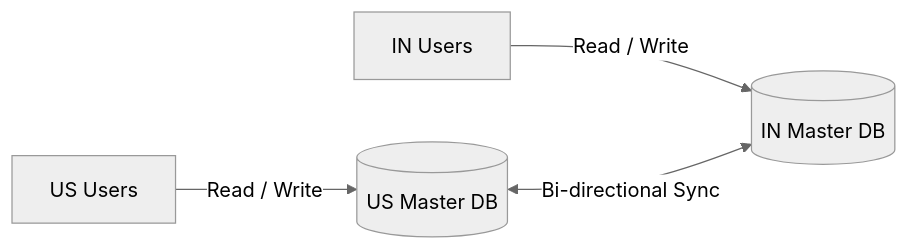
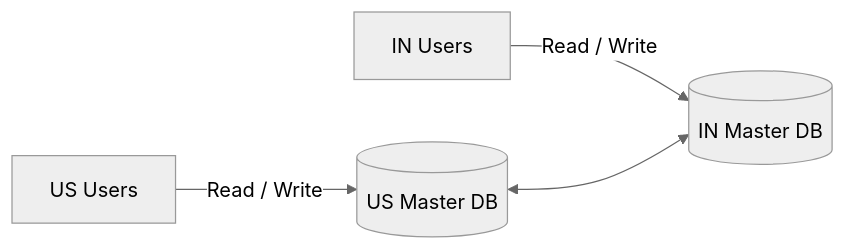
One commit to shakthi-sagar/studies changed the second of 3 diagrams in src/content/System Design/04-Availability Patterns.md. Above: the diagram before and after it, drawn with Mermaid (neutral theme). The commit also changed other lines of this file and 3 other files, not shown here.

Commit message:
mermaid fixes

````diff
--- a/src/content/System Design/04-Availability Patterns.md
+++ b/src/content/System Design/04-Availability Patterns.md
@@ -77,6 +77,6 @@
 ```mermaid
-graph LR
+flowchart LR
     U1[US Users] -->|Read / Write| M1[(US Master DB)]
     U2[IN Users] -->|Read / Write| M2[(IN Master DB)]
-    M1 <-->|Bi-directional Sync| M2
+    M1 <--> M2
 ```
````
